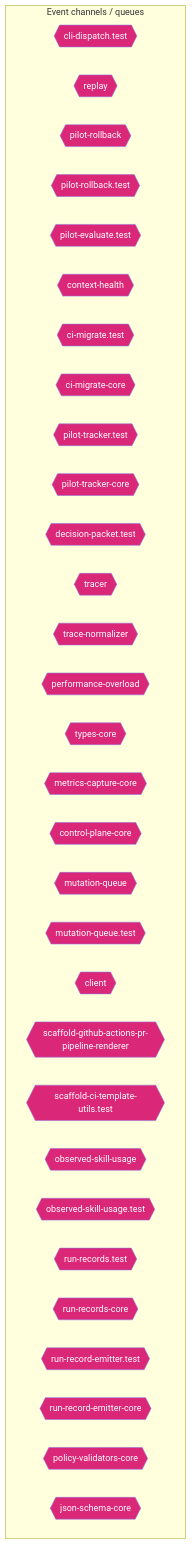
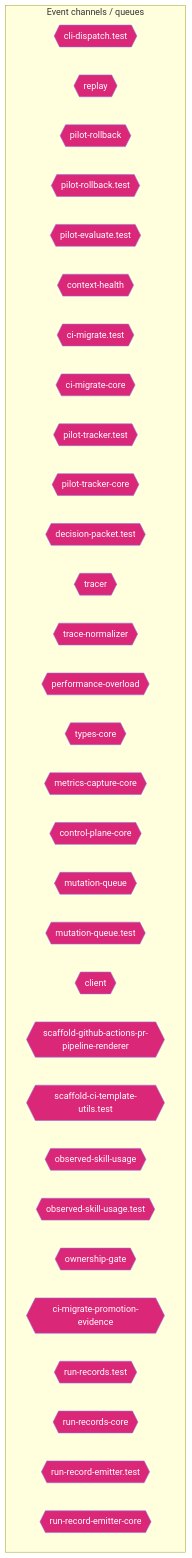
One commit to jscraik/coding-harness changed the ninth of 14 diagrams in AI/context/diagram-context.md. Above: the diagram before and after it, drawn with Mermaid. The commit also changed other lines of this file, not shown here.

Commit message:
Refresh diagram context after hook updates

````diff
--- a/AI/context/diagram-context.md
+++ b/AI/context/diagram-context.md
@@ -1553,38 +1553,38 @@
 ```mermaid
 flowchart TD
   subgraph Channels["Event channels / queues"]
     cli_dispatch_test_54c9f17b{{"cli-dispatch.test"}}
     replay_ac203c98{{"replay"}}
     pilot_rollback_00c1f82c{{"pilot-rollback"}}
     pilot_rollback_test_e61d5a2b{{"pilot-rollback.test"}}
     pilot_evaluate_test_a2ac06fc{{"pilot-evaluate.test"}}
     context_health_80bb7da9{{"context-health"}}
     ci_migrate_test_2a015bb9{{"ci-migrate.test"}}
     ci_migrate_core_7005b5af{{"ci-migrate-core"}}
     pilot_tracker_test_80398a66{{"pilot-tracker.test"}}
     pilot_tracker_core_80d8ac96{{"pilot-tracker-core"}}
     decision_packet_test_9ea0e97b{{"decision-packet.test"}}
     tracer_1e6243a2{{"tracer"}}
     trace_normalizer_cb1be1d2{{"trace-normalizer"}}
     performance_overload_c685bfcf{{"performance-overload"}}
     types_core_e405ddca{{"types-core"}}
     metrics_capture_core_db4bf7cf{{"metrics-capture-core"}}
     control_plane_core_db3b4cb2{{"control-plane-core"}}
     mutation_queue_ce5a530e{{"mutation-queue"}}
     mutation_queue_test_10b599e8{{"mutation-queue.test"}}
     client_1_914e1681{{"client"}}
     scaffold_github_actions_pr_pipeline_renderer_1ee18de5{{"scaffold-github-actions-pr-pipeline-renderer"}}
     scaffold_ci_template_utils_test_b94825d9{{"scaffold-ci-template-utils.test"}}
     observed_skill_usage_ed7d5930{{"observed-skill-usage"}}
     observed_skill_usage_test_311c215a{{"observed-skill-usage.test"}}
+    ownership_gate_2e194d13{{"ownership-gate"}}
+    ci_migrate_promotion_evidence_1a2dc527{{"ci-migrate-promotion-evidence"}}
     run_records_test_3ee6a0e3{{"run-records.test"}}
     run_records_core_89286dfa{{"run-records-core"}}
     run_record_emitter_test_5475c0da{{"run-record-emitter.test"}}
     run_record_emitter_core_688049d5{{"run-record-emitter-core"}}
-    policy_validators_core_714a3fe7{{"policy-validators-core"}}
-    json_schema_core_96d7e328{{"json-schema-core"}}
   end
   classDef eventNode fill:#db2777,color:#fff
-  class cli_dispatch_test_54c9f17b,replay_ac203c98,pilot_rollback_00c1f82c,pilot_rollback_test_e61d5a2b,pilot_evaluate_test_a2ac06fc,context_health_80bb7da9,ci_migrate_test_2a015bb9,ci_migrate_core_7005b5af,pilot_tracker_test_80398a66,pilot_tracker_core_80d8ac96,decision_packet_test_9ea0e97b,tracer_1e6243a2,trace_normalizer_cb1be1d2,performance_overload_c685bfcf,types_core_e405ddca,metrics_capture_core_db4bf7cf,control_plane_core_db3b4cb2,mutation_queue_ce5a530e,mutation_queue_test_10b599e8,client_1_914e1681,scaffold_github_actions_pr_pipeline_renderer_1ee18de5,scaffold_ci_template_utils_test_b94825d9,observed_skill_usage_ed7d5930,observed_skill_usage_test_311c215a,run_records_test_3ee6a0e3,run_records_core_89286dfa,run_record_emitter_test_5475c0da,run_record_emitter_core_688049d5,policy_validators_core_714a3fe7,json_schema_core_96d7e328 eventNode
+  class cli_dispatch_test_54c9f17b,replay_ac203c98,pilot_rollback_00c1f82c,pilot_rollback_test_e61d5a2b,pilot_evaluate_test_a2ac06fc,context_health_80bb7da9,ci_migrate_test_2a015bb9,ci_migrate_core_7005b5af,pilot_tracker_test_80398a66,pilot_tracker_core_80d8ac96,decision_packet_test_9ea0e97b,tracer_1e6243a2,trace_normalizer_cb1be1d2,performance_overload_c685bfcf,types_core_e405ddca,metrics_capture_core_db4bf7cf,control_plane_core_db3b4cb2,mutation_queue_ce5a530e,mutation_queue_test_10b599e8,client_1_914e1681,scaffold_github_actions_pr_pipeline_renderer_1ee18de5,scaffold_ci_template_utils_test_b94825d9,observed_skill_usage_ed7d5930,observed_skill_usage_test_311c215a,ownership_gate_2e194d13,ci_migrate_promotion_evidence_1a2dc527,run_records_test_3ee6a0e3,run_records_core_89286dfa,run_record_emitter_test_5475c0da,run_record_emitter_core_688049d5 eventNode
 
 ```
````
